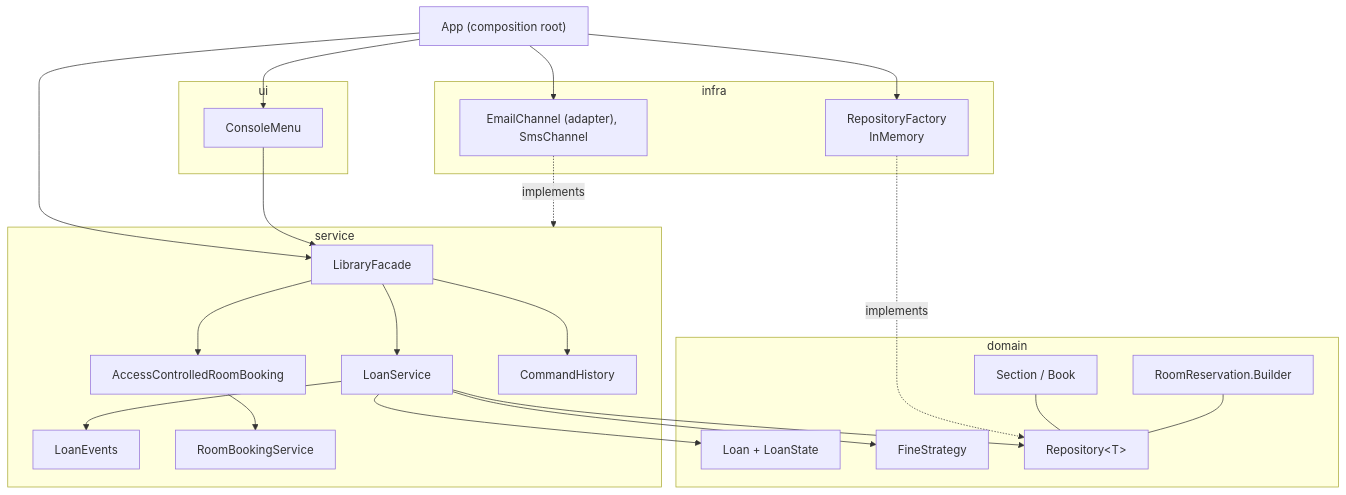
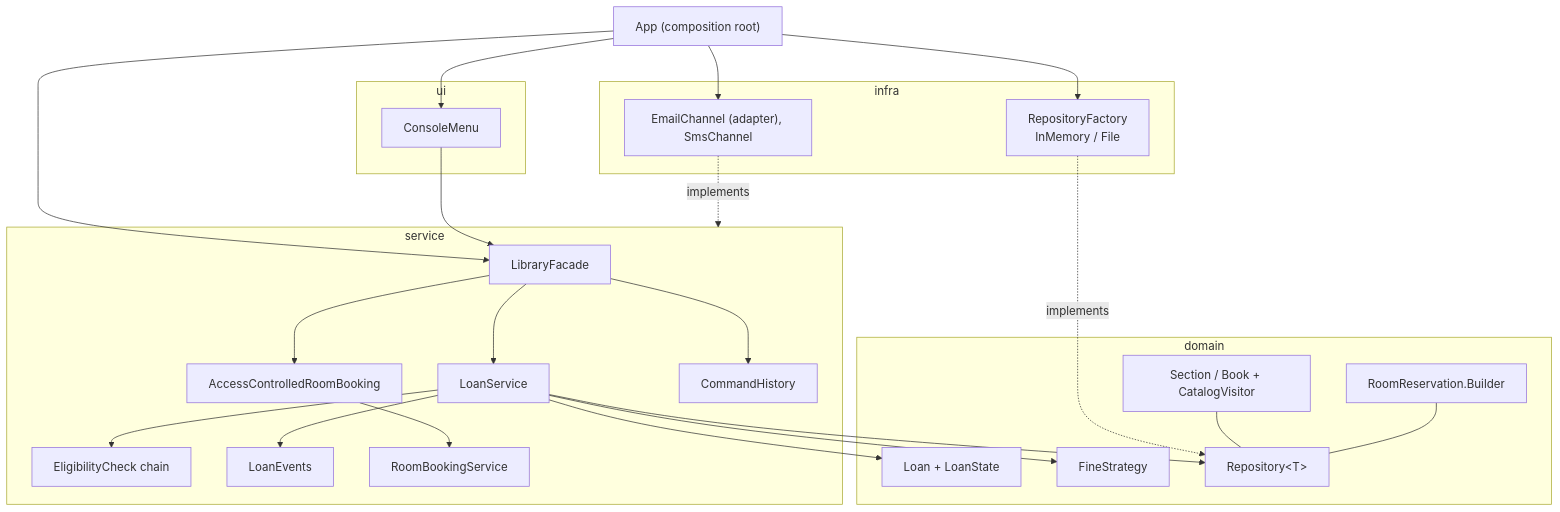
Before and after one commit to hasibjamal/campus-library: the diagram in README.md, drawn with Mermaid. The commit also changed other lines of this file and 33 other files, not shown here.

First line of the commit message:
feat: Chain of Responsibility, Visitor reports and file-based repositories

````diff
--- a/README.md
+++ b/README.md
@@ -48,35 +49,36 @@
 ```mermaid
 flowchart TB
     App["App (composition root)"]
     subgraph UI["ui"]
         Console[ConsoleMenu]
     end
     subgraph Infra["infra"]
-        RF["RepositoryFactory<br/>InMemory"]
+        RF["RepositoryFactory<br/>InMemory / File"]
         Ch["EmailChannel (adapter), SmsChannel"]
     end
     subgraph Service["service"]
         Facade[LibraryFacade]
         LoanS[LoanService]
+        Chain[EligibilityCheck chain]
         Events[LoanEvents]
         Proxy[AccessControlledRoomBooking]
         RoomS[RoomBookingService]
         Cmd[CommandHistory]
     end
     subgraph Domain["domain"]
         Loan["Loan + LoanState"]
         Fine[FineStrategy]
-        Cat["Section / Book"]
+        Cat["Section / Book + CatalogVisitor"]
         Res["RoomReservation.Builder"]
         Repo["Repository&lt;T&gt;"]
     end
     App --> Console & RF & Ch & Facade
     Console --> Facade
     Facade --> LoanS & Proxy & Cmd
     Proxy --> RoomS
-    LoanS --> Events & Loan & Fine & Repo
+    LoanS --> Chain & Events & Loan & Fine & Repo
     RF -. implements .-> Repo
     Ch -. implements .-> Service
     Cat --- Repo
     Res --- Repo
 ```
````
